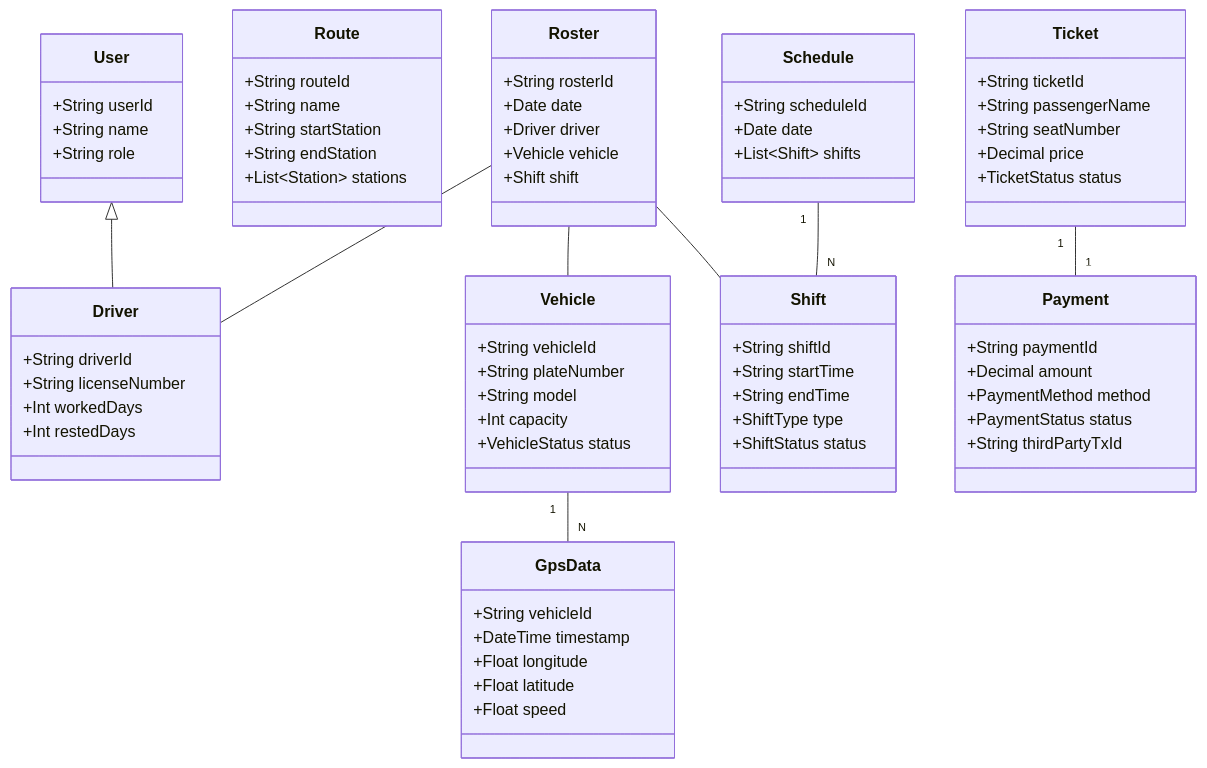
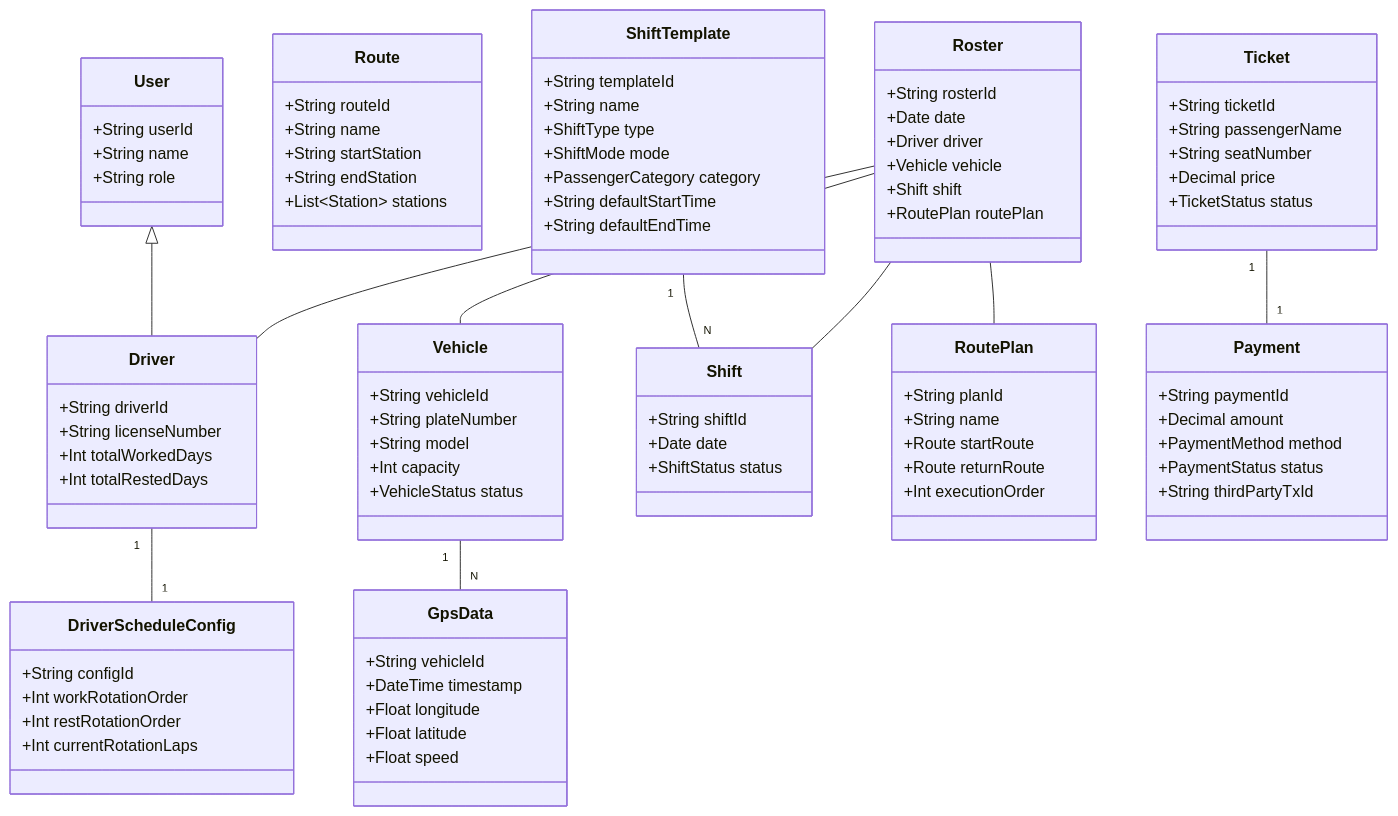
One commit to ywt0823/ustb_work changed the second of 3 diagrams in ARCHITECTURE.md. Above: the diagram before and after it, drawn with Mermaid. The commit also changed other lines of this file, not shown here.

Commit message:
feat: complete initial architecture design for airport bus platform

```diff
--- a/ARCHITECTURE.md
+++ b/ARCHITECTURE.md
@@ -84,8 +87,8 @@
     class Driver {
         +String driverId
         +String licenseNumber
-        +Int workedDays
-        +Int restedDays
+        +Int totalWorkedDays
+        +Int totalRestedDays
     }
     User <|-- Driver
 
@@ -105,20 +108,38 @@
         +List~Station~ stations
     }
 
-    class Schedule {
-        +String scheduleId
-        +Date date
-        +List~Shift~ shifts
+    class ShiftTemplate {
+        +String templateId
+        +String name
+        +ShiftType type
+        +ShiftMode mode
+        +PassengerCategory category
+        +String defaultStartTime
+        +String defaultEndTime
     }
 
     class Shift {
         +String shiftId
-        +String startTime
-        +String endTime
-        +ShiftType type
+        +Date date
         +ShiftStatus status
     }
-    Schedule "1" -- "N" Shift
+    ShiftTemplate "1" -- "N" Shift
+
+    class RoutePlan {
+        +String planId
+        +String name
+        +Route startRoute
+        +Route returnRoute
+        +Int executionOrder
+    }
+
+    class DriverScheduleConfig {
+        +String configId
+        +Int workRotationOrder
+        +Int restRotationOrder
+        +Int currentRotationLaps
+    }
+    Driver "1" -- "1" DriverScheduleConfig
 
     class Roster {
         +String rosterId
@@ -126,10 +147,13 @@
         +Driver driver
         +Vehicle vehicle
         +Shift shift
+        +RoutePlan routePlan
     }
+
     Roster -- Driver
     Roster -- Vehicle
     Roster -- Shift
+    Roster -- RoutePlan
 
     class Ticket {
         +String ticketId
```
